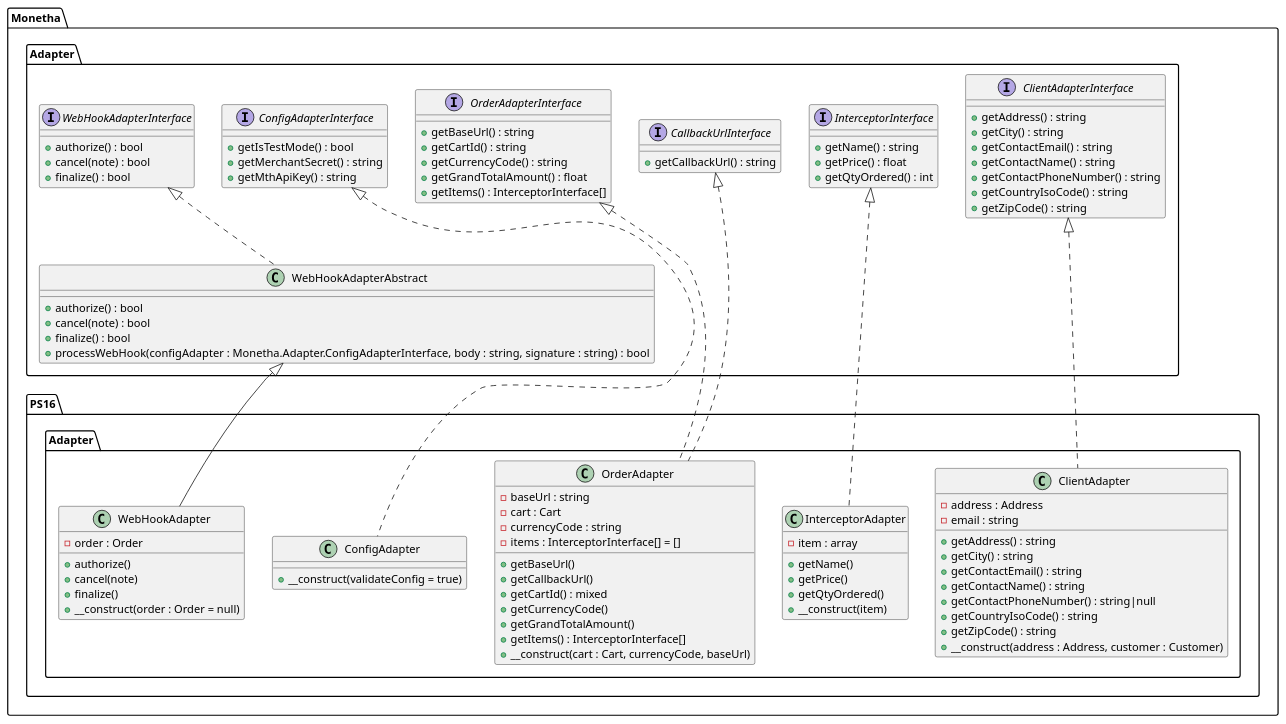
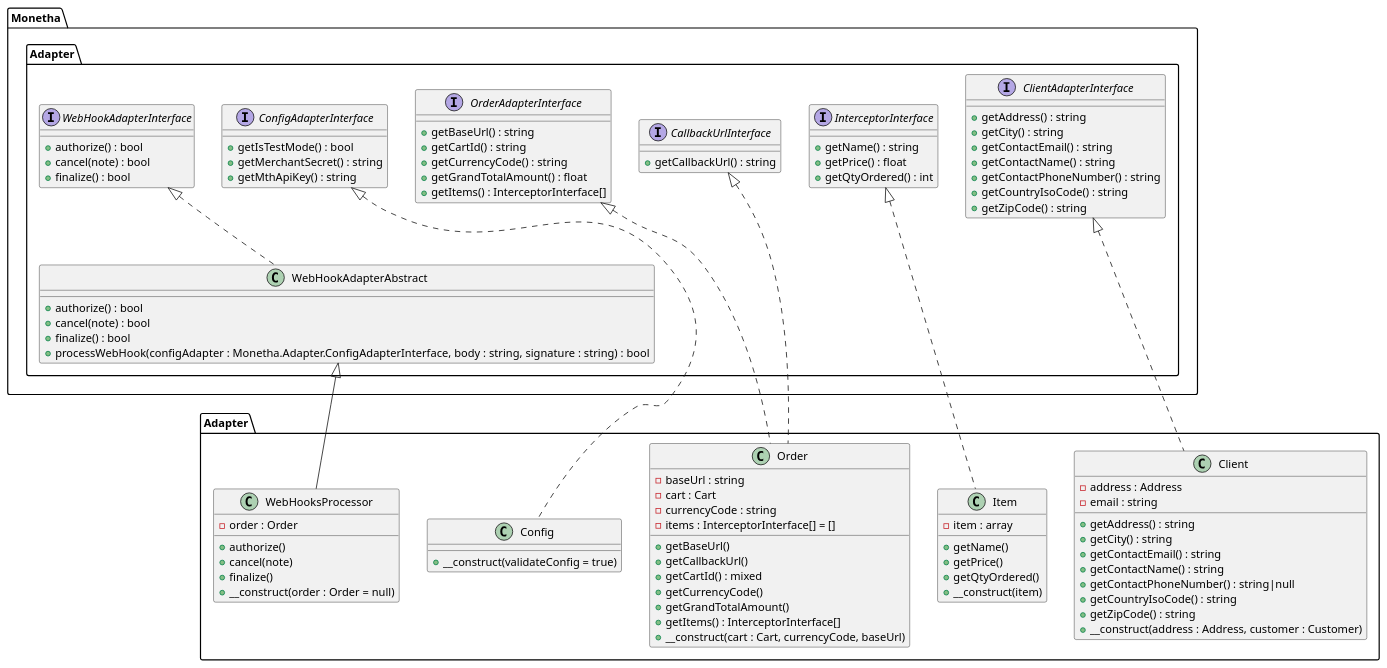
The diagram in payment-plugin-php-sdk.puml (monetha/payment-plugin-php-sdk), drawn with PlantUML before and after one commit. The commit also changed 1 other file, not shown here.

Commit message:
namespace/class name changed for examples in uml.

```diff
--- a/payment-plugin-php-sdk.puml
+++ b/payment-plugin-php-sdk.puml
@@ -1,105 +1,105 @@
 @startuml
 
 interface Monetha.Adapter.ConfigAdapterInterface {
     +getIsTestMode() : bool
     +getMerchantSecret() : string
     +getMthApiKey() : string
 }
 
-class Monetha.PS16.Adapter.ConfigAdapter {
+class Adapter.Config {
     +__construct(validateConfig = true)
 }
-class Monetha.PS16.Adapter.ConfigAdapter implements Monetha.Adapter.ConfigAdapterInterface
+class Adapter.Config implements Monetha.Adapter.ConfigAdapterInterface
 
 interface Monetha.Adapter.OrderAdapterInterface {
     +getBaseUrl() : string
     +getCartId() : string
     +getCurrencyCode() : string
     +getGrandTotalAmount() : float
     +getItems() : InterceptorInterface[]
 }
 
-class Monetha.PS16.Adapter.OrderAdapter {
+class Adapter.Order {
     -baseUrl : string
     -cart : Cart
     -currencyCode : string
     -items : InterceptorInterface[] = []
     +getBaseUrl()
     +getCallbackUrl()
     +getCartId() : mixed
     +getCurrencyCode()
     +getGrandTotalAmount()
     +getItems() : InterceptorInterface[]
     +__construct(cart : Cart, currencyCode, baseUrl)
 }
-class Monetha.PS16.Adapter.OrderAdapter implements Monetha.Adapter.OrderAdapterInterface
-class Monetha.PS16.Adapter.OrderAdapter implements Monetha.Adapter.CallbackUrlInterface
+class Adapter.Order implements Monetha.Adapter.OrderAdapterInterface
+class Adapter.Order implements Monetha.Adapter.CallbackUrlInterface
 
 interface Monetha.Adapter.InterceptorInterface {
     +getName() : string
     +getPrice() : float
     +getQtyOrdered() : int
 }
 
-class Monetha.PS16.Adapter.InterceptorAdapter {
+class Adapter.Item {
     -item : array
     +getName()
     +getPrice()
     +getQtyOrdered()
     +__construct(item)
 }
-class Monetha.PS16.Adapter.InterceptorAdapter implements Monetha.Adapter.InterceptorInterface
+class Adapter.Item implements Monetha.Adapter.InterceptorInterface
 
 interface Monetha.Adapter.CallbackUrlInterface {
     +getCallbackUrl() : string
 }
 
 interface Monetha.Adapter.ClientAdapterInterface {
     +getAddress() : string
     +getCity() : string
     +getContactEmail() : string
     +getContactName() : string
     +getContactPhoneNumber() : string
     +getCountryIsoCode() : string
     +getZipCode() : string
 }
 
-class Monetha.PS16.Adapter.ClientAdapter {
+class Adapter.Client {
     -address : Address
     -email : string
     +getAddress() : string
     +getCity() : string
     +getContactEmail() : string
     +getContactName() : string
     +getContactPhoneNumber() : string|null
     +getCountryIsoCode() : string
     +getZipCode() : string
     +__construct(address : Address, customer : Customer)
 }
-class Monetha.PS16.Adapter.ClientAdapter implements Monetha.Adapter.ClientAdapterInterface
+class Adapter.Client implements Monetha.Adapter.ClientAdapterInterface
 
 
 interface Monetha.Adapter.WebHookAdapterInterface {
     +authorize() : bool
     +cancel(note) : bool
     +finalize() : bool
 }
 
-class Monetha.PS16.Adapter.WebHookAdapter {
+class Adapter.WebHooksProcessor {
     -order : Order
     +authorize()
     +cancel(note)
     +finalize()
     +__construct(order : Order = null)
 }
-class Monetha.PS16.Adapter.WebHookAdapter extends Monetha.Adapter.WebHookAdapterAbstract
+class Adapter.WebHooksProcessor extends Monetha.Adapter.WebHookAdapterAbstract
 
 abstract class Monetha.Adapter.WebHookAdapterAbstract {
     +authorize() : bool
     +cancel(note) : bool
     +finalize() : bool
     +processWebHook(configAdapter : Monetha.Adapter.ConfigAdapterInterface, body : string, signature : string) : bool
 }
 class Monetha.Adapter.WebHookAdapterAbstract implements Monetha.Adapter.WebHookAdapterInterface
 
 @enduml
```
